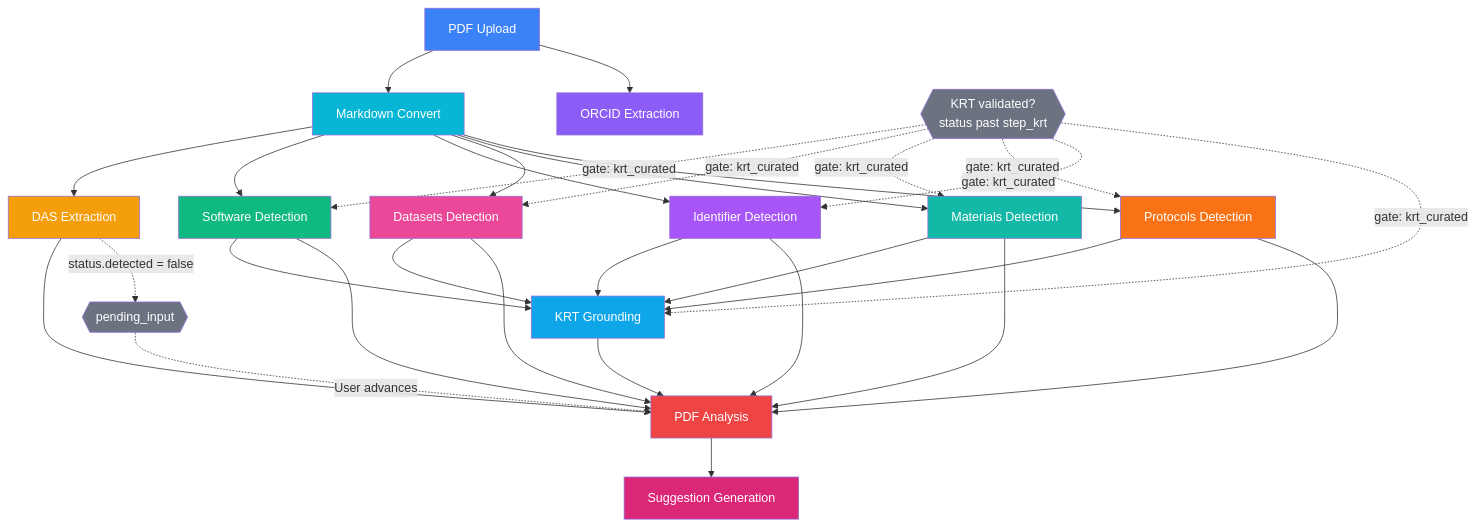
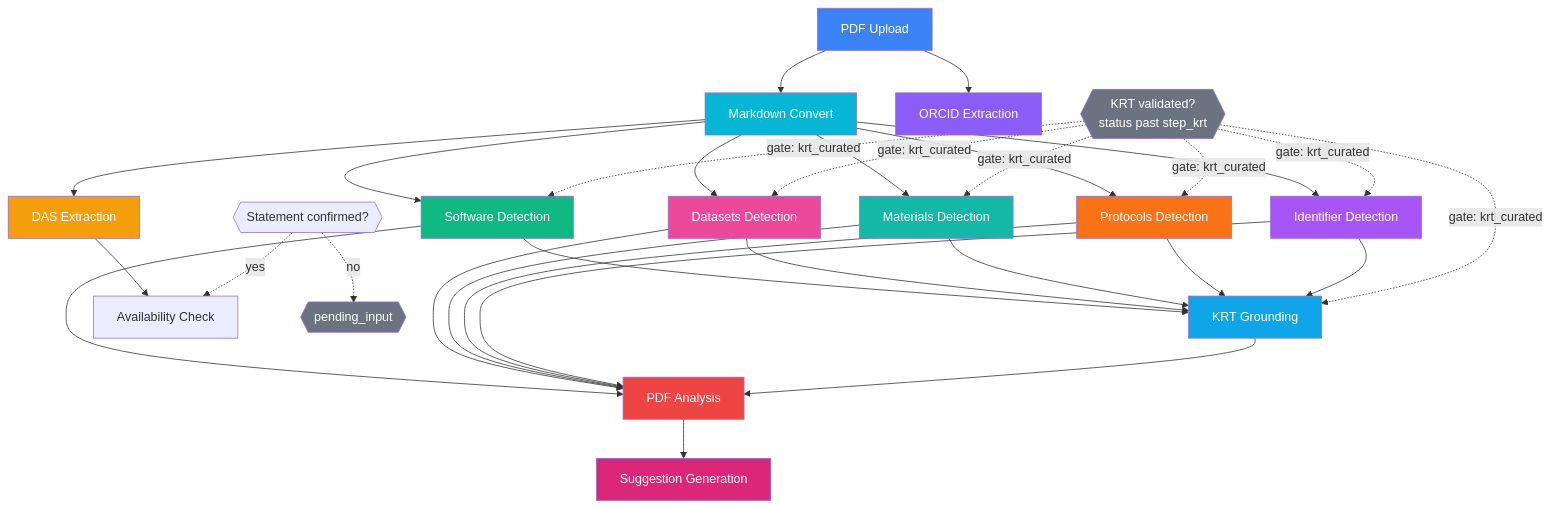
One commit to DataSeer/asap-kr-sync changed the first of 2 diagrams in docs/background-jobs.md. Above: the diagram before and after it, drawn with Mermaid. The commit also changed other lines of this file and 17 other files, not shown here.

````diff
--- a/docs/background-jobs.md
+++ b/docs/background-jobs.md
@@ -98,54 +98,55 @@
 ```mermaid
 graph TD
     PDF[PDF Upload] --> MD[Markdown Convert]
     PDF --> ORCID[ORCID Extraction]
 
     MD --> DAS[DAS Extraction]
     MD --> SW[Software Detection]
     MD --> ID[Identifier Detection]
     MD --> DS[Datasets Detection]
     MD --> MAT[Materials Detection]
     MD --> PROT[Protocols Detection]
 
     SW --> KG[KRT Grounding]
     DS --> KG
     MAT --> KG
     PROT --> KG
     ID --> KG
 
     KRTV{{KRT validated?<br/>status past step_krt}}
     KRTV -.->|gate: krt_curated| SW
     KRTV -.->|gate: krt_curated| DS
     KRTV -.->|gate: krt_curated| MAT
     KRTV -.->|gate: krt_curated| PROT
     KRTV -.->|gate: krt_curated| ID
     KRTV -.->|gate: krt_curated| KG
 
-    DAS --> PA[PDF Analysis]
-    SW --> PA
+    SW --> PA[PDF Analysis]
     DS --> PA
     MAT --> PA
     PROT --> PA
     ID --> PA
     KG --> PA
 
     PA --> SG[Suggestion Generation]
 
-    DAS -.->|status.detected = false| PI{{pending_input}}
-    PI -.->|User advances| PA
+    DAS --> ASC[Availability Check]
+    CONF{{Statement confirmed?}}
+    CONF -.->|no| PI{{pending_input}}
+    CONF -.->|yes| ASC
 
     style PDF fill:#3b82f6,color:#fff
     style DAS fill:#f59e0b,color:#fff
     style SW fill:#10b981,color:#fff
     style ORCID fill:#8b5cf6,color:#fff
     style MD fill:#06b6d4,color:#fff
     style DS fill:#ec4899,color:#fff
     style MAT fill:#14b8a6,color:#fff
     style PROT fill:#f97316,color:#fff
     style ID fill:#a855f7,color:#fff
     style KG fill:#0ea5e9,color:#fff
     style PA fill:#ef4444,color:#fff
     style SG fill:#db2777,color:#fff
     style PI fill:#6b7280,color:#fff
     style KRTV fill:#6b7280,color:#fff
 ```
````
